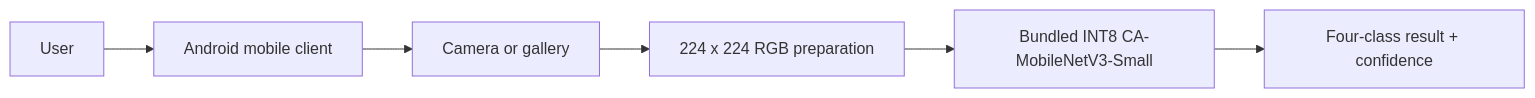
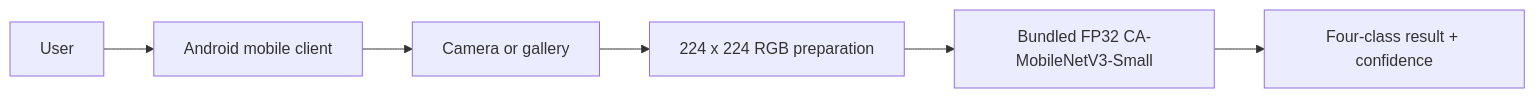
The first of 2 diagrams in README.md (Feliciety02/Banana-Leaf-Disease-Scanner), drawn with Mermaid before and after one commit. The commit also changed other lines of this file and 75 other files, not shown here.

````diff
--- a/README.md
+++ b/README.md
@@ -94,8 +98,8 @@
 ```mermaid
 flowchart LR
     User --> Mobile[Android mobile client]
     Mobile --> Input[Camera or gallery]
     Input --> Prep[224 x 224 RGB preparation]
-    Prep --> Model[Bundled INT8 CA-MobileNetV3-Small]
+    Prep --> Model[Bundled FP32 CA-MobileNetV3-Small]
     Model --> Result[Four-class result + confidence]
 ```
````
